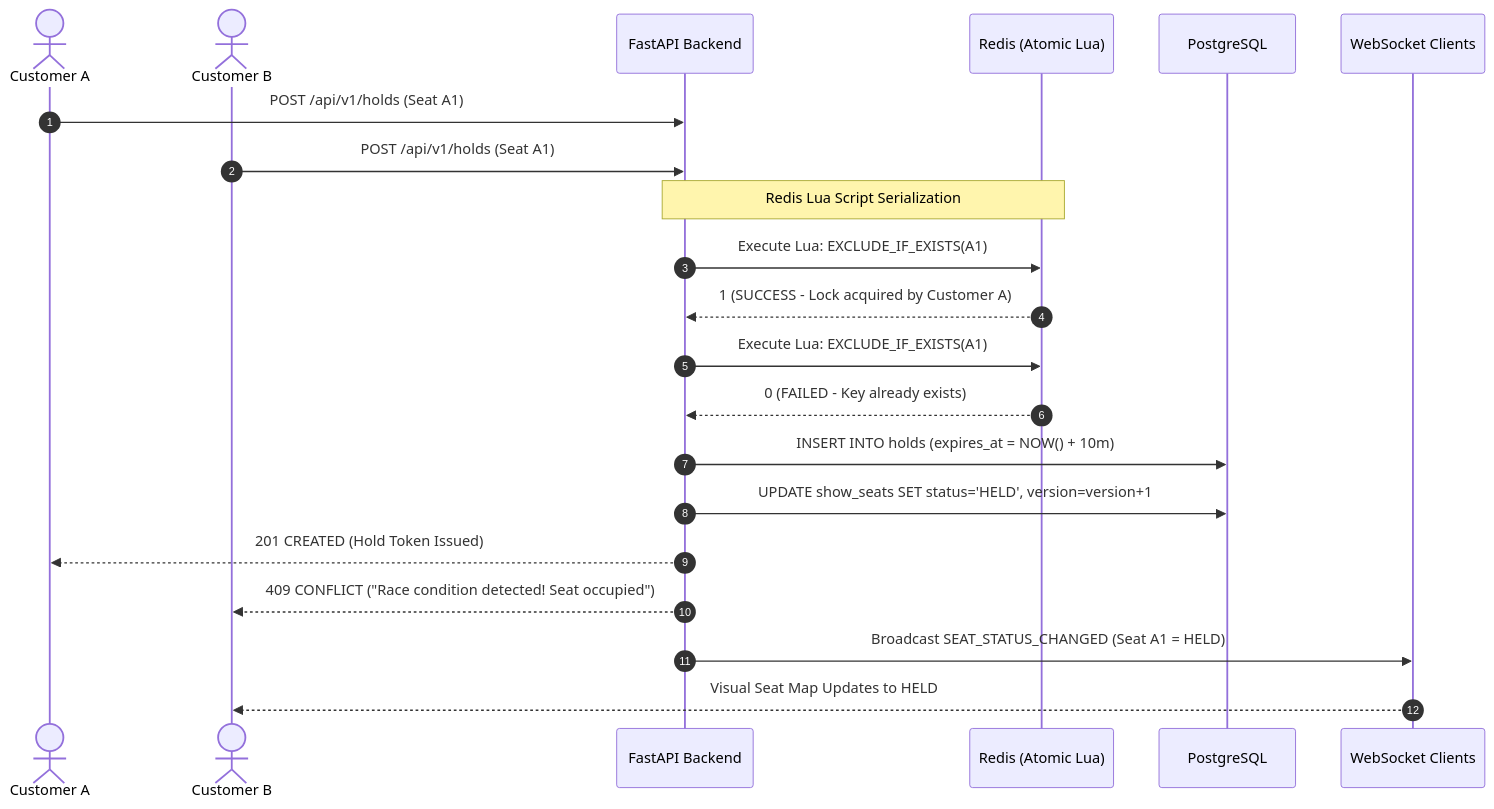
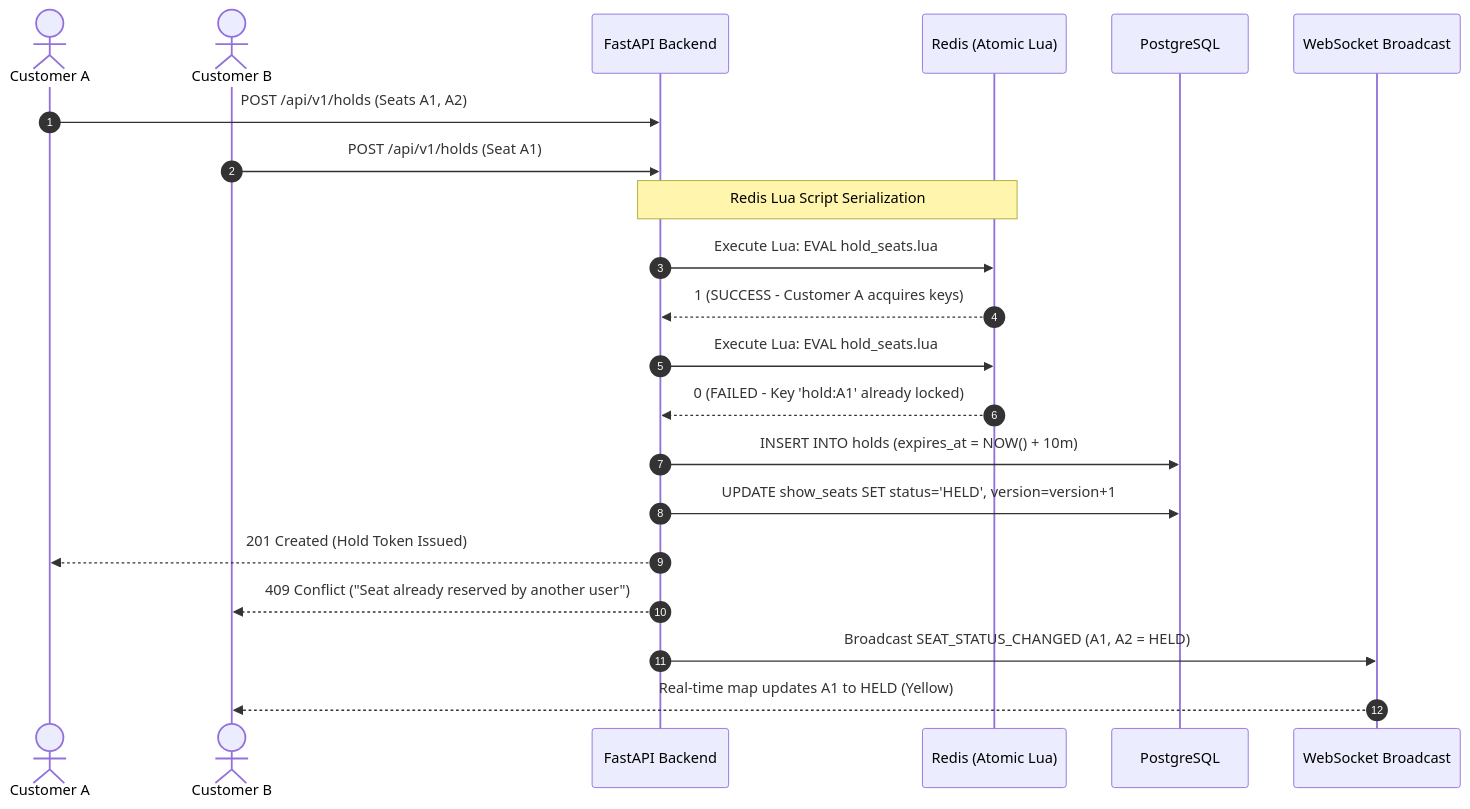
The second of 3 diagrams in README.md (aaryanyaadav/breaking_shows-ticket-booking-system), drawn with Mermaid before and after one commit. The commit also changed other lines of this file and 20 other files, not shown here.

Commit message:
docs: restructure README with comprehensive API docs, DB schema, seat hold and waitlist logic, and visual screenshot tour

````diff
--- a/README.md
+++ b/README.md
@@ -205,29 +106,29 @@
 ```mermaid
 sequenceDiagram
     autonumber
     actor Customer1 as Customer A
     actor Customer2 as Customer B
     participant API as FastAPI Backend
     participant Redis as Redis (Atomic Lua)
     participant DB as PostgreSQL
-    participant WS as WebSocket Clients
-
-    Customer1->>API: POST /api/v1/holds (Seat A1)
+    participant WS as WebSocket Broadcast
+    
+    Customer1->>API: POST /api/v1/holds (Seats A1, A2)
     Customer2->>API: POST /api/v1/holds (Seat A1)
     
     Note over API,Redis: Redis Lua Script Serialization
-    API->>Redis: Execute Lua: EXCLUDE_IF_EXISTS(A1)
-    Redis-->>API: 1 (SUCCESS - Lock acquired by Customer A)
+    API->>Redis: Execute Lua: EVAL hold_seats.lua
+    Redis-->>API: 1 (SUCCESS - Customer A acquires keys)
     
-    API->>Redis: Execute Lua: EXCLUDE_IF_EXISTS(A1)
-    Redis-->>API: 0 (FAILED - Key already exists)
+    API->>Redis: Execute Lua: EVAL hold_seats.lua
+    Redis-->>API: 0 (FAILED - Key 'hold:A1' already locked)
     
     API->>DB: INSERT INTO holds (expires_at = NOW() + 10m)
     API->>DB: UPDATE show_seats SET status='HELD', version=version+1
     
-    API-->>Customer1: 201 CREATED (Hold Token Issued)
-    API-->>Customer2: 409 CONFLICT ("Race condition detected! Seat occupied")
+    API-->>Customer1: 201 Created (Hold Token Issued)
+    API-->>Customer2: 409 Conflict ("Seat already reserved by another user")
     
-    API->>WS: Broadcast SEAT_STATUS_CHANGED (Seat A1 = HELD)
-    WS-->>Customer2: Visual Seat Map Updates to HELD
+    API->>WS: Broadcast SEAT_STATUS_CHANGED (A1, A2 = HELD)
+    WS-->>Customer2: Real-time map updates A1 to HELD (Yellow)
 ```
````
